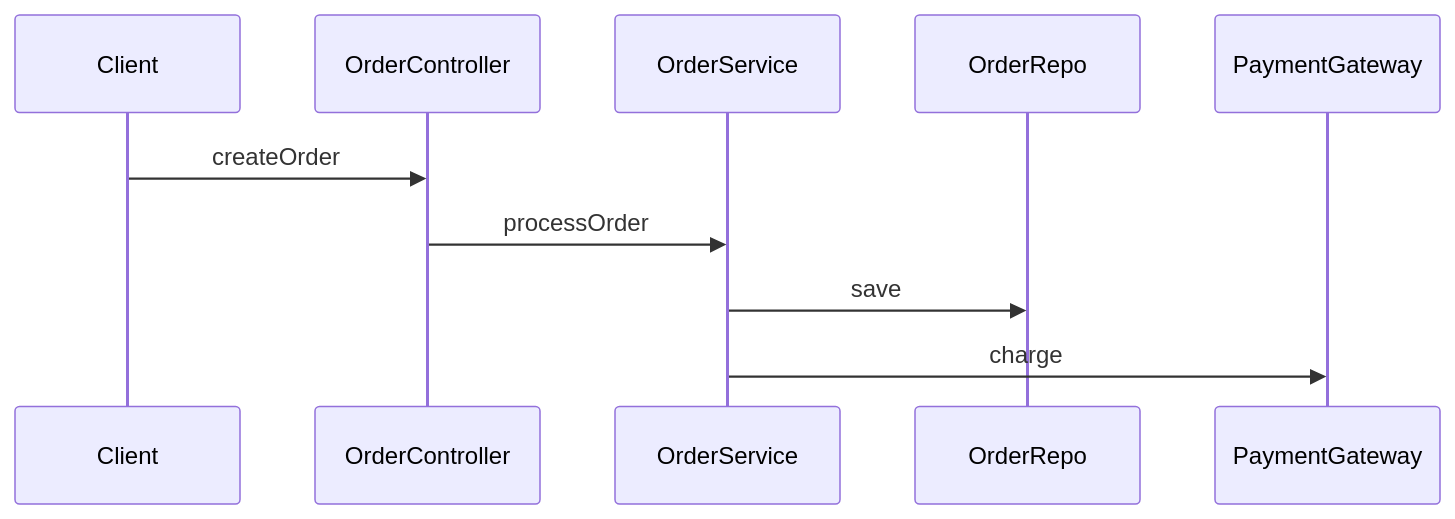
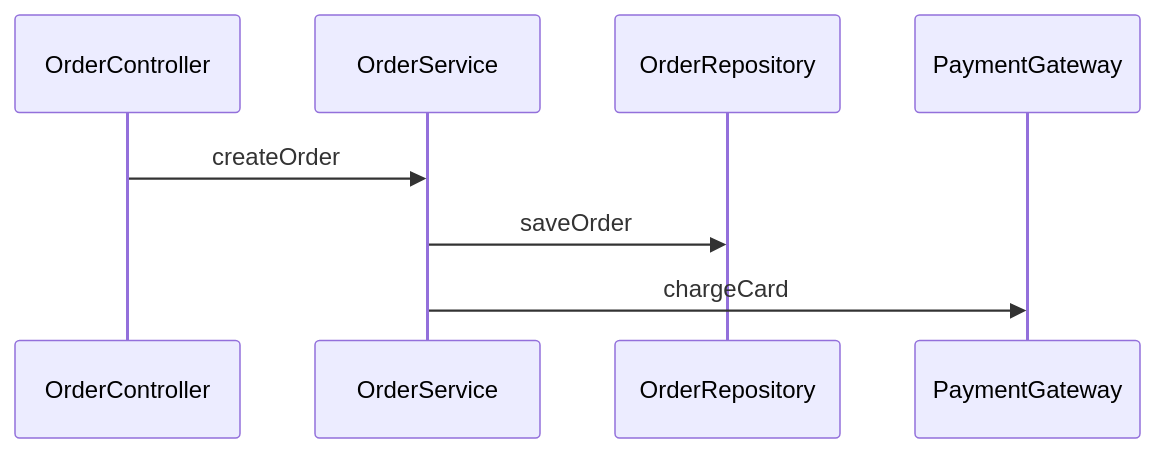
Before and after one commit to blacktea1526/SextantDrift: the third of 3 diagrams in .agents/skills/sextant-drift/references/invariants-dsl.md, drawn with Mermaid. The commit also changed other lines of this file and 3 other files, not shown here.

Commit message:
docs(skill): optimize sextant-drift skill with C4 dual diagram, fix manifests, and api contracts

````diff
--- a/.agents/skills/sextant-drift/references/invariants-dsl.md
+++ b/.agents/skills/sextant-drift/references/invariants-dsl.md
@@ -132,7 +208,11 @@
 ```mermaid
 sequenceDiagram
-    Client->>OrderController: createOrder
-    OrderController->>OrderService: processOrder
-    OrderService->>OrderRepo: save
-    OrderService->>PaymentGateway: charge
+    participant Controller as OrderController
+    participant Service as OrderService
+    participant Repo as OrderRepository
+    participant Gateway as PaymentGateway
+
+    Controller->>Service: createOrder
+    Service->>Repo: saveOrder
+    Service->>Gateway: chargeCard
 ```
````
